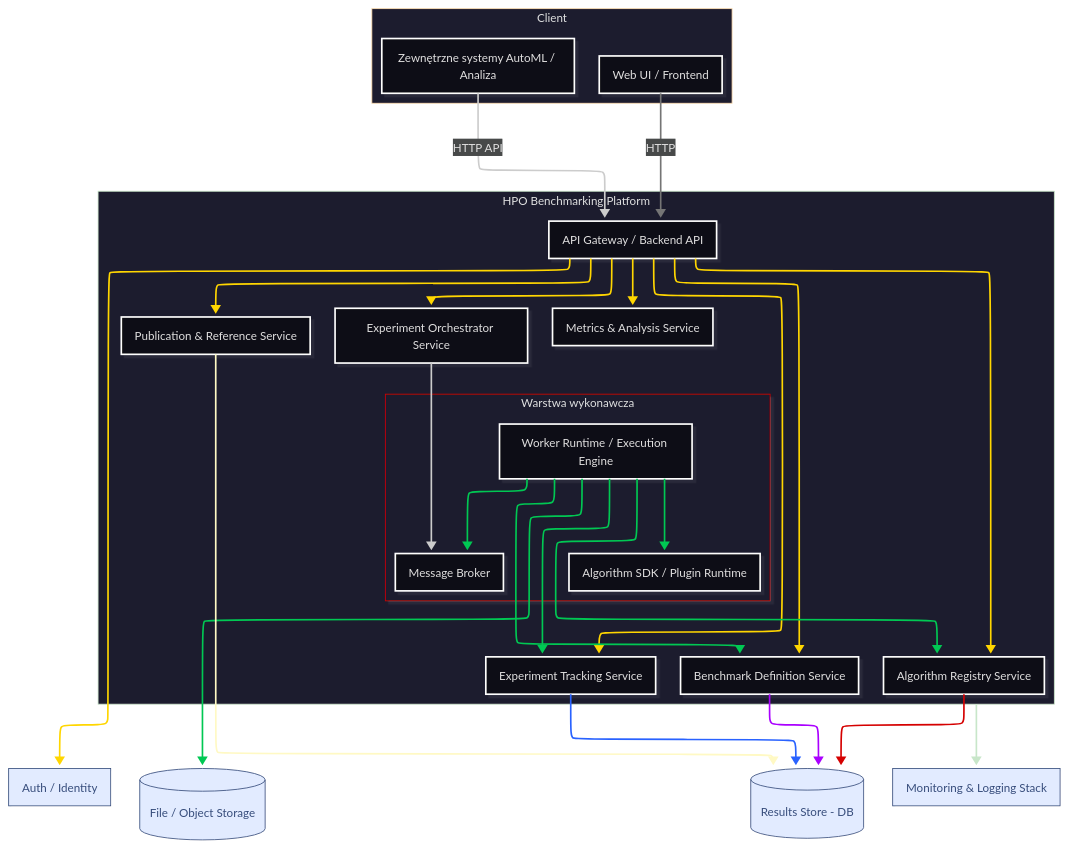
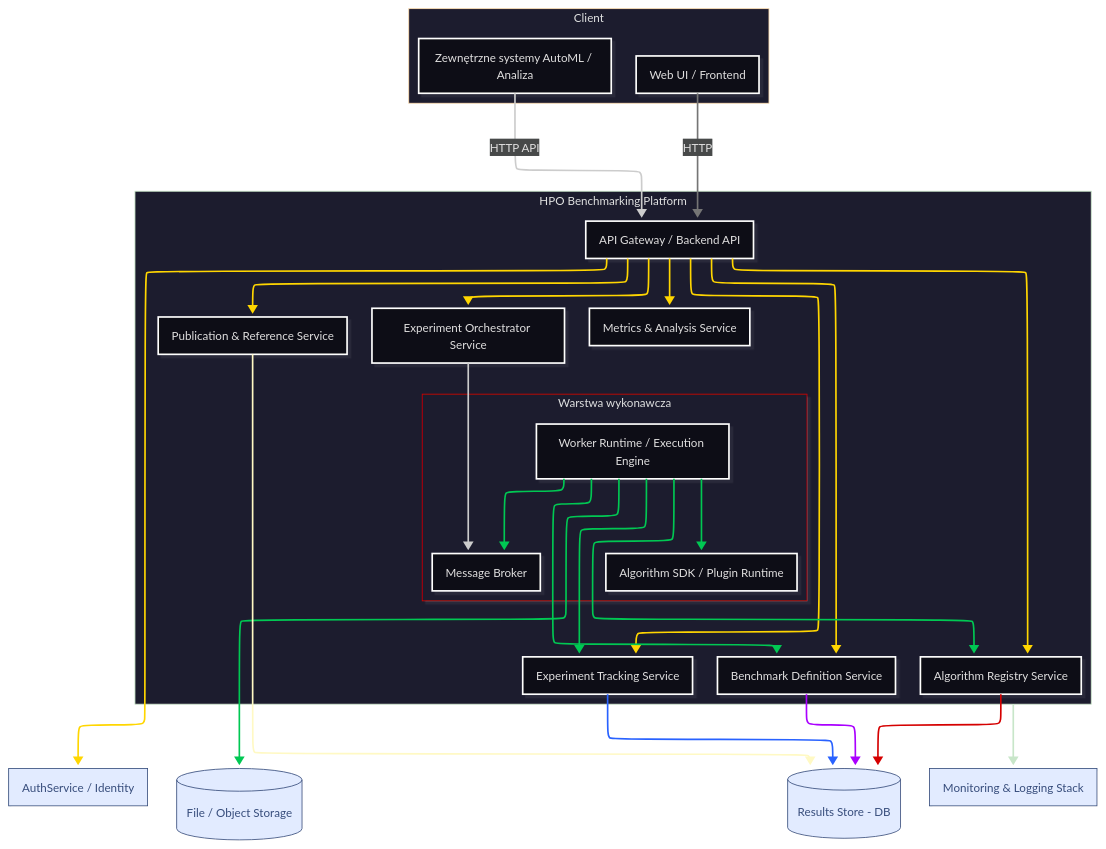
The second of 37 diagrams in docs/system_c4_architecture.md (jedrzejpolaczek/aviarium.corvidae.corvus_corone), drawn with Mermaid before and after one commit. The commit also changed other lines of this file, not shown here.

````diff
--- a/docs/system_c4_architecture.md
+++ b/docs/system_c4_architecture.md
@@ -133,65 +134,65 @@
 ```mermaid
 ---
 config:
   look: neo
   layout: elk
   theme: redux-dark
 ---
 flowchart TB
  subgraph Client["Client"]
         UI["Web UI / Frontend"]
         Ext["Zewnętrzne systemy AutoML / Analiza"]
   end
  subgraph ExecLayer["Warstwa wykonawcza"]
         MB["Message Broker"]
         WORKER["Worker Runtime / Execution Engine"]
         PLUGIN["Algorithm SDK / Plugin Runtime"]
   end
  subgraph Core["HPO Benchmarking Platform"]
         APIGW["API Gateway / Backend API"]
         ORCH["Experiment Orchestrator Service"]
         TRK["Experiment Tracking Service"]
         ANALYTICS["Metrics & Analysis Service"]
         BENCH["Benchmark Definition Service"]
         ALGREG["Algorithm Registry Service"]
         PUB["Publication & Reference Service"]
         ExecLayer
   end
     UI -- HTTP --> APIGW
     Ext -- HTTP API --> APIGW
-    APIGW --> ORCH & TRK & ANALYTICS & BENCH & ALGREG & PUB & AUTH["Auth / Identity"]
+    APIGW --> ORCH & TRK & ANALYTICS & BENCH & ALGREG & PUB & AUTH["AuthService / Identity"]
     ORCH --> MB
     WORKER --> MB & TRK & BENCH & ALGREG & OBJ[("File / Object Storage")] & PLUGIN
     TRK --> DB[("Results Store - DB")]
     BENCH --> DB
     ALGREG --> DB
     PUB --> DB
     Core --> MON["Monitoring & Logging Stack"]
      AUTH:::Sky
      OBJ:::Sky
      DB:::Sky
      MON:::Sky
     classDef Sky stroke-width:1px, stroke-dasharray:none, stroke:#374D7C, fill:#E2EBFF, color:#374D7C
     style ExecLayer stroke:#D50000
     style Core stroke:#C8E6C9
     style Client stroke:#FFE0B2
     linkStyle 0 stroke:#757575,fill:none
     linkStyle 2 stroke:#FFD600,fill:none
     linkStyle 3 stroke:#FFD600,fill:none
     linkStyle 4 stroke:#FFD600,fill:none
     linkStyle 5 stroke:#FFD600,fill:none
     linkStyle 6 stroke:#FFD600,fill:none
     linkStyle 7 stroke:#FFD600,fill:none
     linkStyle 8 stroke:#FFD600,fill:none
     linkStyle 10 stroke:#00C853,fill:none
     linkStyle 11 stroke:#00C853,fill:none
     linkStyle 12 stroke:#00C853,fill:none
     linkStyle 13 stroke:#00C853,fill:none
     linkStyle 14 stroke:#00C853,fill:none
     linkStyle 15 stroke:#00C853,fill:none
     linkStyle 16 stroke:#2962FF,fill:none
     linkStyle 17 stroke:#AA00FF,fill:none
     linkStyle 18 stroke:#D50000,fill:none
     linkStyle 19 stroke:#FFF9C4,fill:none
     linkStyle 20 stroke:#C8E6C9
 ```
````
